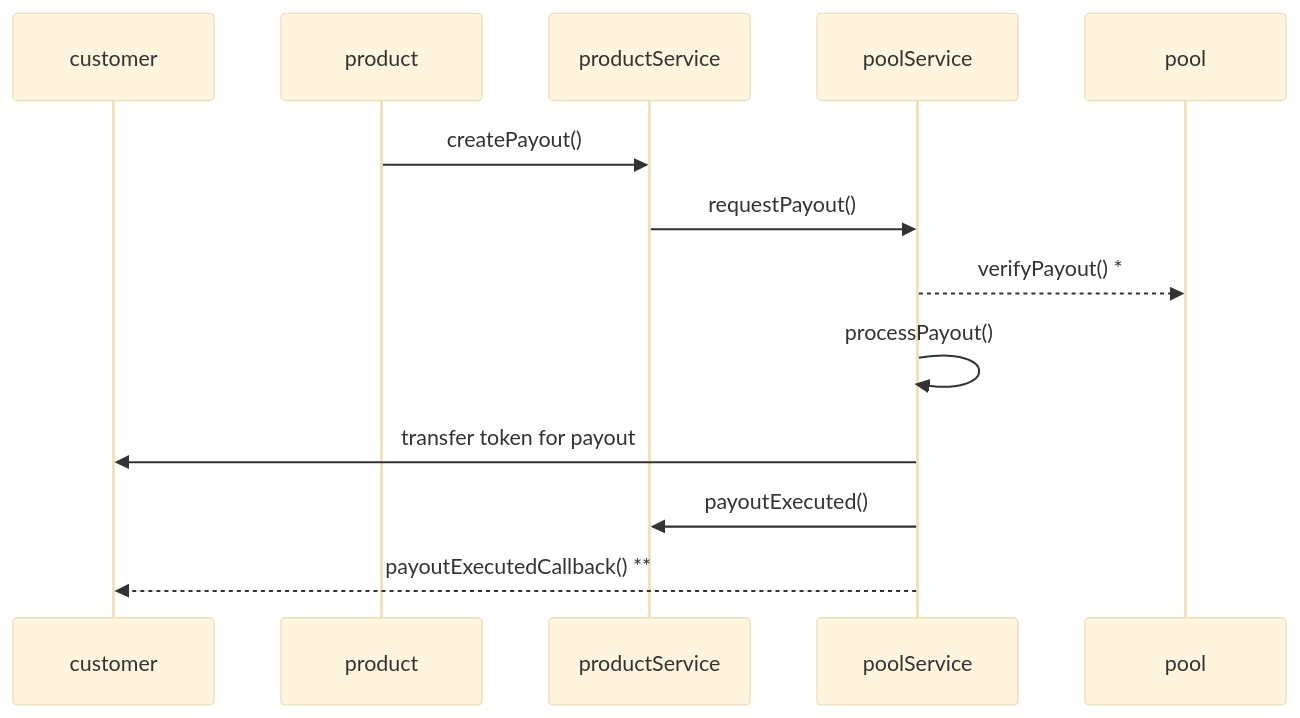
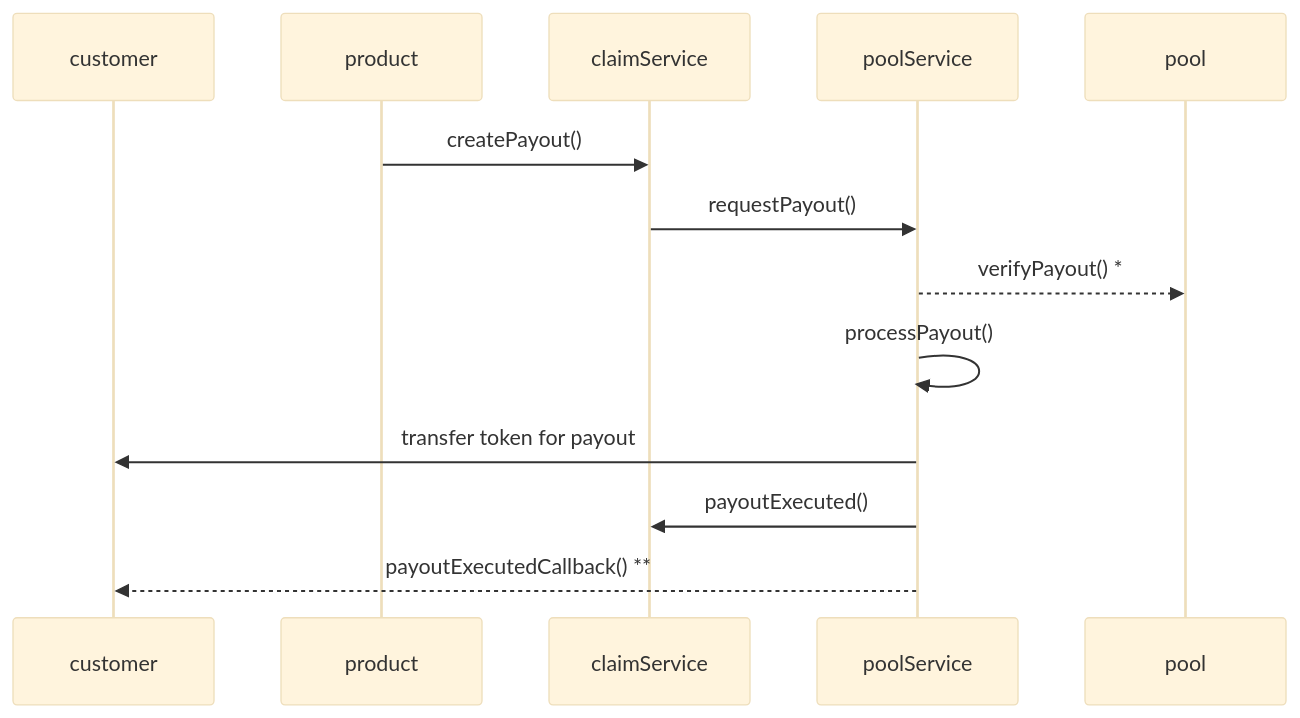
Before and after one commit to etherisc/gif-next: the second of 3 diagrams in README.md, drawn with Mermaid (base theme). The commit also changed other lines of this file and 57 other files, not shown here.

````diff
--- a/README.md
+++ b/README.md
@@ -419,15 +419,15 @@
 ```mermaid
 sequenceDiagram
   participant customer
   participant product
-  participant productService
+  participant claimService
   participant poolService
   participant pool
-  product->>productService: createPayout()
-  productService ->> poolService: requestPayout()
+  product->>claimService: createPayout()
+  claimService ->> poolService: requestPayout()
   poolService -->> pool: verifyPayout() *
   poolService ->> poolService: processPayout()
   poolService ->> customer: transfer token for payout
-  poolService ->> productService: payoutExecuted()
+  poolService ->> claimService: payoutExecuted()
   poolService -->> customer: payoutExecutedCallback() **
 ```
````
